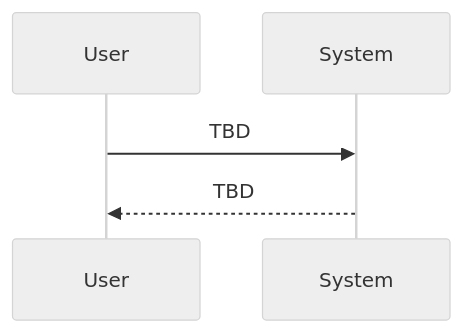
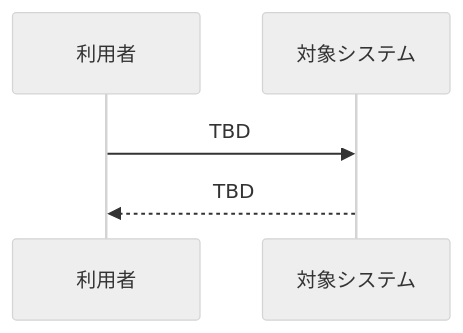
Before and after one commit to Suzlun/cf-tamac: the third of 6 diagrams in openspec/schemas/new-feature/templates/design.md, drawn with Mermaid (neutral theme). The commit also changed other lines of this file and 1 other file, not shown here.

Commit message:
docs: align new feature schema guidance

````diff
--- a/openspec/schemas/new-feature/templates/design.md
+++ b/openspec/schemas/new-feature/templates/design.md
@@ -59,8 +61,8 @@
 ```mermaid
 sequenceDiagram
-  %% TODO: Main user flow/use case sequence. Add separate diagram(s) for important failure paths.
-  participant U as User
-  participant S as System
+  %% TODO: 主要 user flow / use case sequence を日本語 label で記述する。重要な failure path は別図を追加する。
+  participant U as 利用者
+  participant S as 対象システム
   U->>S: TBD
   S-->>U: TBD
 ```
````
